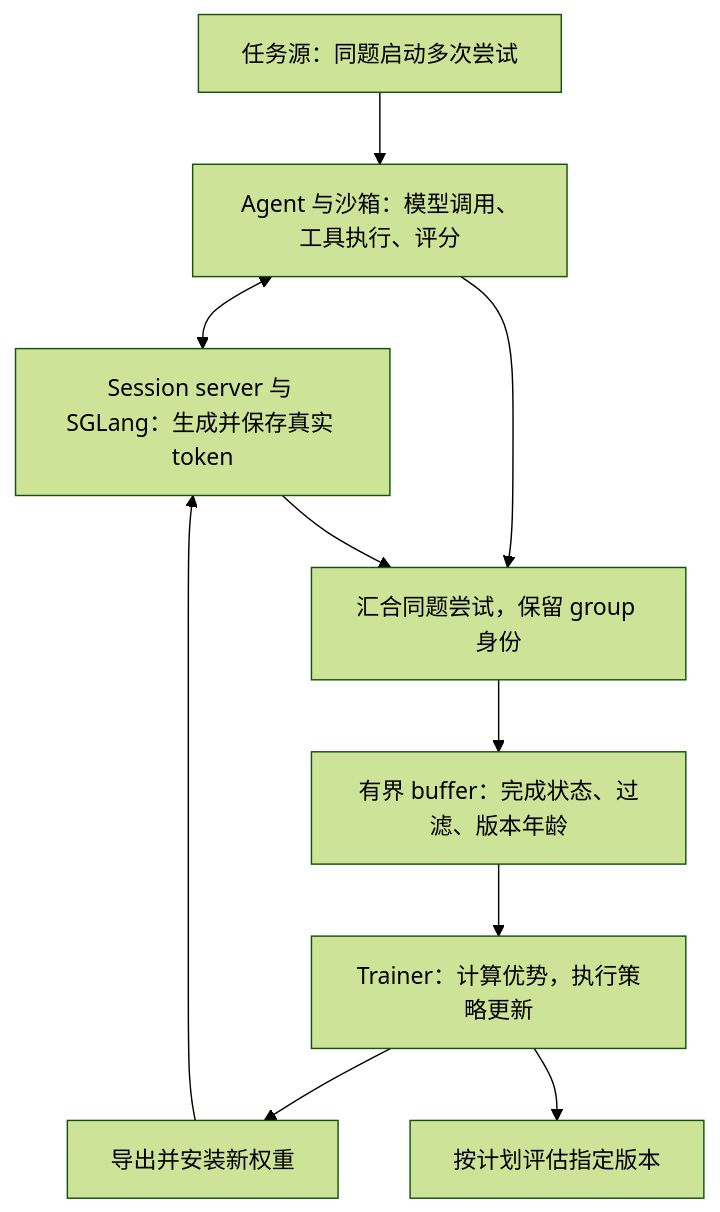
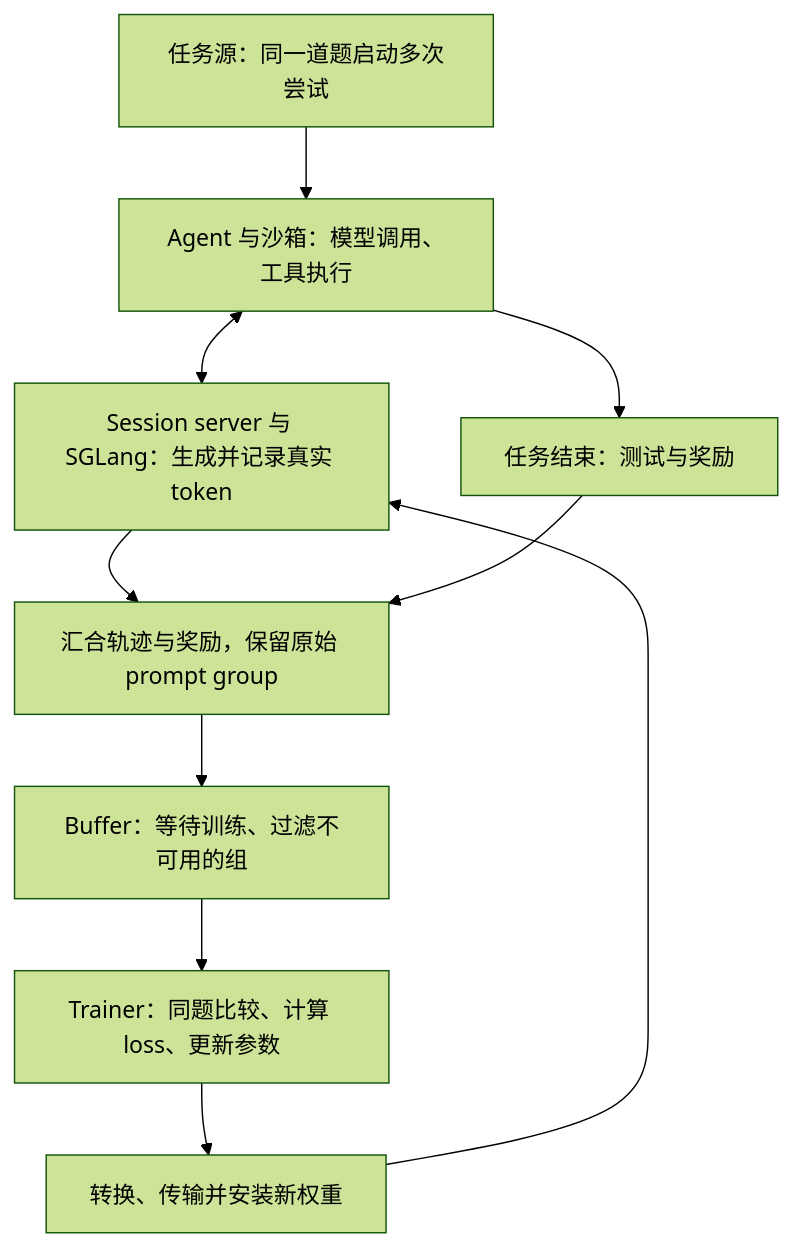
The diagram in content/foundations/RL/recipe分析/miles-v0.1-production-post-training.md (GKCY/LatentSpace), drawn with Mermaid (forest theme) before and after one commit. The commit also changed other lines of this file and 10 other files, not shown here.

````diff
--- a/content/foundations/RL/recipe分析/miles-v0.1-production-post-training.md
+++ b/content/foundations/RL/recipe分析/miles-v0.1-production-post-training.md
@@ -53,12 +29,12 @@
 ```mermaid
 flowchart TD
-    D["任务源：同题启动多次尝试"] --> A["Agent 与沙箱：模型调用、工具执行、评分"]
-    A <--> S["Session server 与 SGLang：生成并保存真实 token"]
-    A --> G["汇合同题尝试，保留 group 身份"]
-    S --> G
-    G --> B["有界 buffer：完成状态、过滤、版本年龄"]
-    B --> T["Trainer：计算优势，执行策略更新"]
-    T --> W["导出并安装新权重"]
+    P["任务源：同一道题启动多次尝试"] --> A["Agent 与沙箱：模型调用、工具执行"]
+    A <--> S["Session server 与 SGLang：生成并记录真实 token"]
+    A --> R["任务结束：测试与奖励"]
+    S --> G["汇合轨迹与奖励，保留原始 prompt group"]
+    R --> G
+    G --> B["Buffer：等待训练、过滤不可用的组"]
+    B --> T["Trainer：同题比较、计算 loss、更新参数"]
+    T --> W["转换、传输并安装新权重"]
     W --> S
-    T --> E["按计划评估指定版本"]
 ```
````
